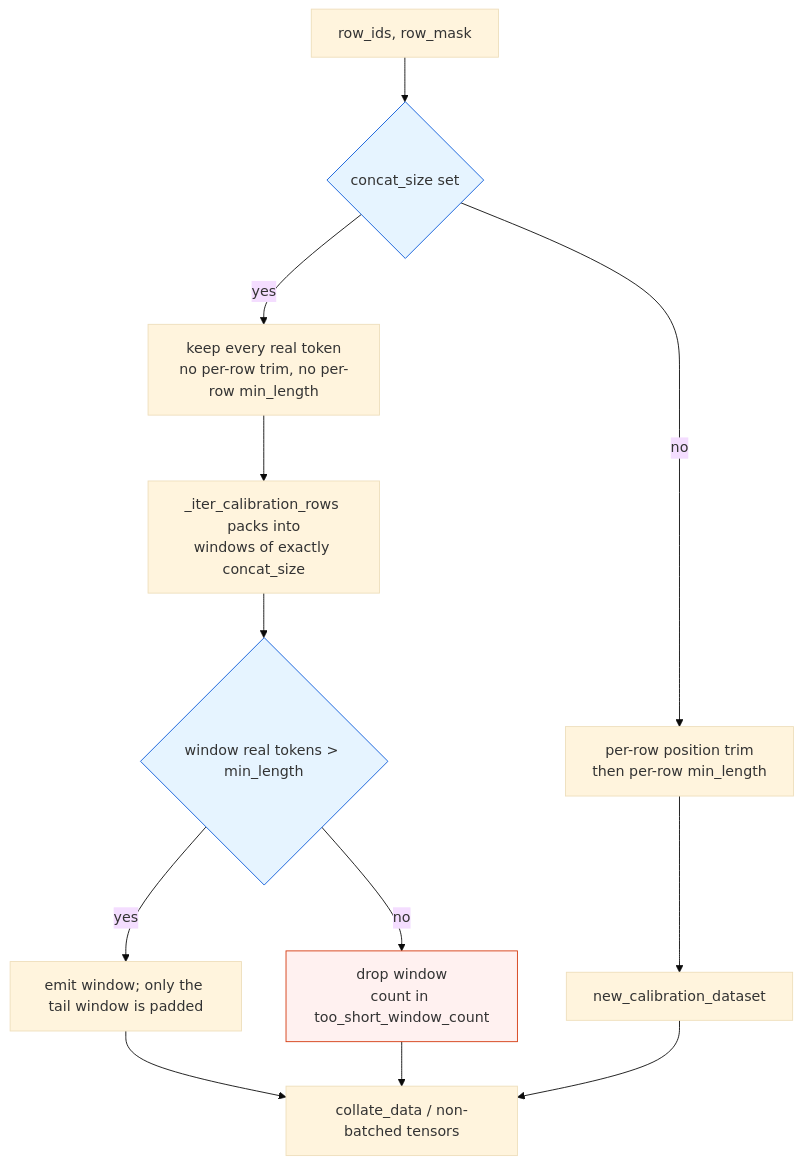
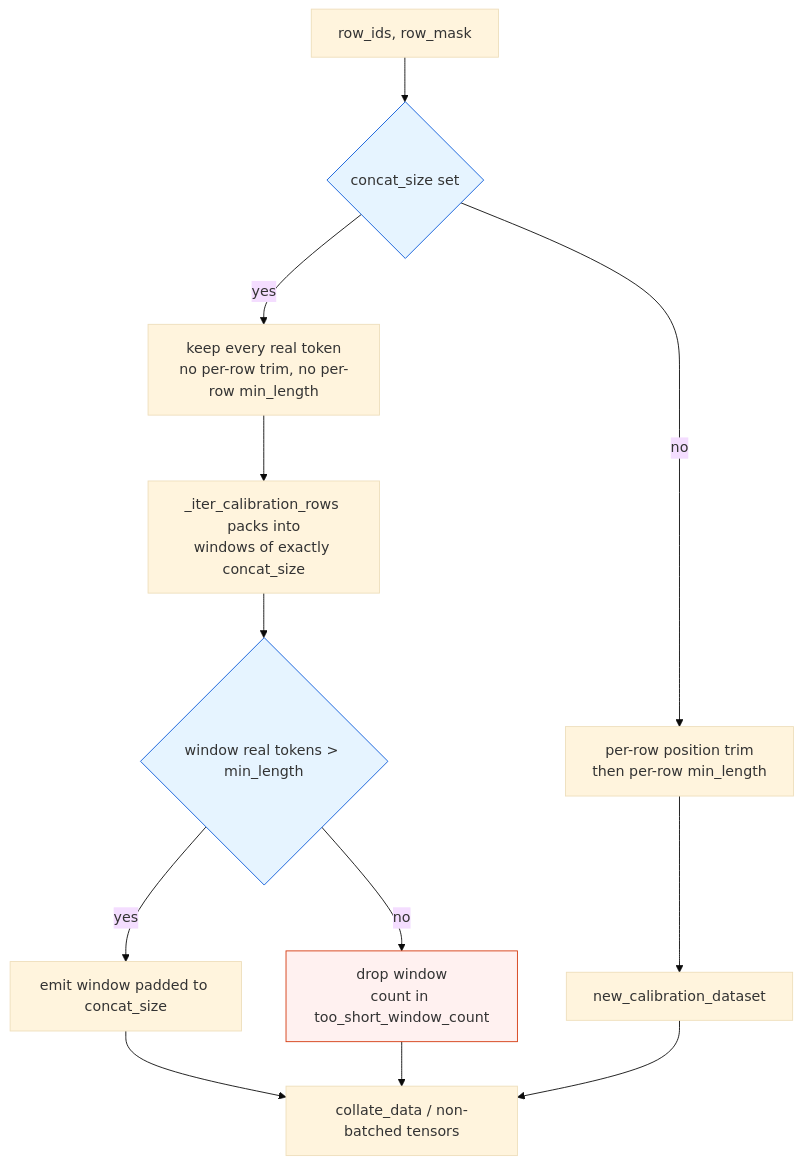
One commit to ModelCloud/GPTQModel changed the second of 4 diagrams in docs/calibration-row-trimming.md. Above: the diagram before and after it, drawn with Mermaid (base theme). The commit also changed other lines of this file and 3 other files, not shown here.

First line of the commit message:
fix(calibration): pad every concat window and drop a trailing separator

````diff
--- a/docs/calibration-row-trimming.md
+++ b/docs/calibration-row-trimming.md
@@ -85,17 +85,17 @@
 ```mermaid
 flowchart TD
     A["row_ids, row_mask"] --> B{"concat_size set"}
     B -- "no" --> C["per-row position trim<br/>then per-row min_length"]
     C --> D["new_calibration_dataset"]
     B -- "yes" --> E["keep every real token<br/>no per-row trim, no per-row min_length"]
     E --> F["_iter_calibration_rows packs into<br/>windows of exactly concat_size"]
     F --> G{"window real tokens > min_length"}
-    G -- "yes" --> H["emit window; only the tail window is padded"]
+    G -- "yes" --> H["emit window padded to concat_size"]
     G -- "no" --> I["drop window<br/>count in too_short_window_count"]
     H --> J["collate_data / non-batched tensors"]
     I --> J
     D --> J
     style I fill:#fff1f0,stroke:#d4380d
     style B fill:#e6f4ff,stroke:#0958d9
     style G fill:#e6f4ff,stroke:#0958d9
 ```
````
